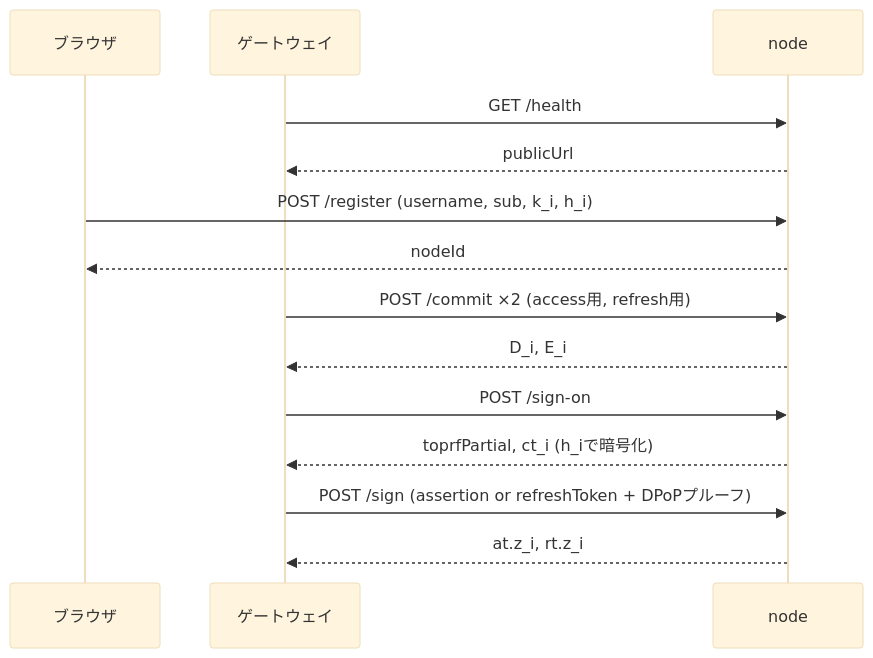
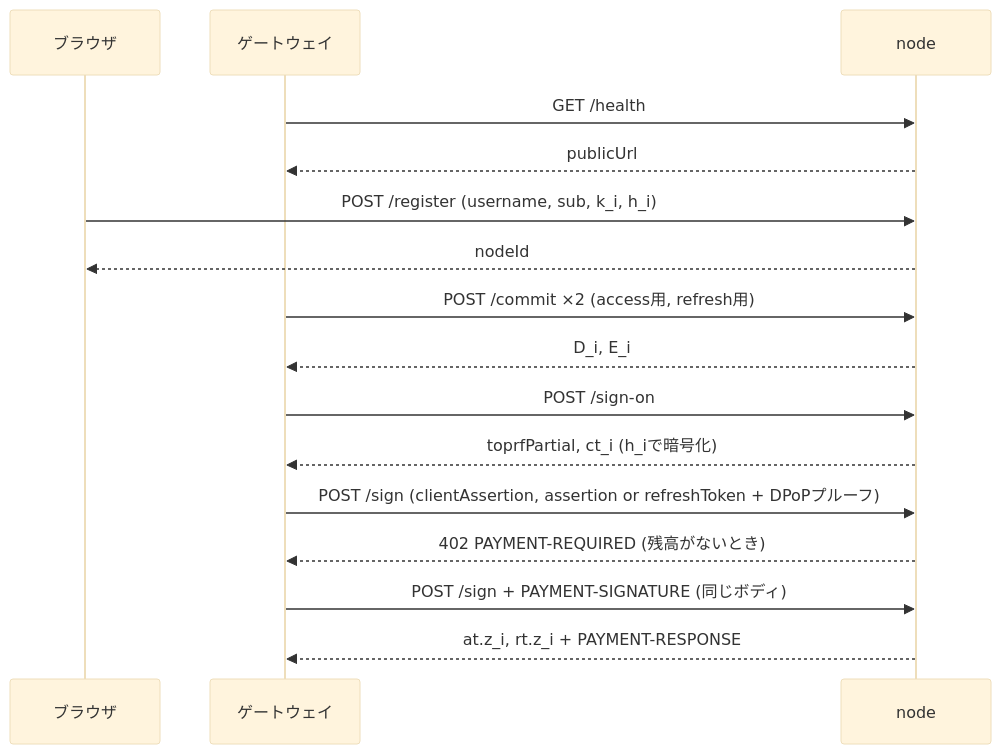
One commit to oskn259/decentralized_idp changed the diagram in projects/node/README.md. Above: the diagram before and after it, drawn with Mermaid (base theme). The commit also changed other lines of this file and 50 other files, not shown here.

````diff
--- a/projects/node/README.md
+++ b/projects/node/README.md
@@ -107,16 +135,18 @@
 ```mermaid
 sequenceDiagram
     participant B as ブラウザ
     participant GW as ゲートウェイ
     participant N as node
     GW->>N: GET /health
     N-->>GW: publicUrl
     B->>N: POST /register (username, sub, k_i, h_i)
     N-->>B: nodeId
     GW->>N: POST /commit ×2 (access用, refresh用)
     N-->>GW: D_i, E_i
     GW->>N: POST /sign-on
     N-->>GW: toprfPartial, ct_i (h_iで暗号化)
-    GW->>N: POST /sign (assertion or refreshToken + DPoPプルーフ)
-    N-->>GW: at.z_i, rt.z_i
+    GW->>N: POST /sign (clientAssertion, assertion or refreshToken + DPoPプルーフ)
+    N-->>GW: 402 PAYMENT-REQUIRED (残高がないとき)
+    GW->>N: POST /sign + PAYMENT-SIGNATURE (同じボディ)
+    N-->>GW: at.z_i, rt.z_i + PAYMENT-RESPONSE
 ```
````
